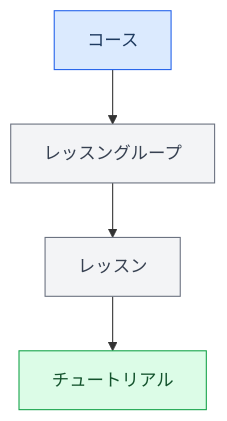
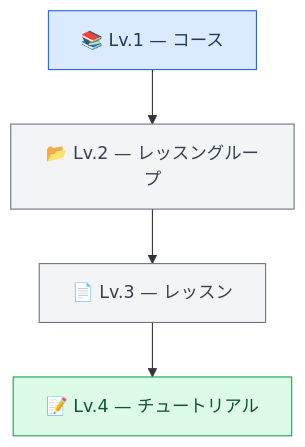
The second of 4 diagrams in articles/custom-learning-roadmap.md (Yucco-K/tech-blog-1), drawn with Mermaid before and after one commit. The commit also changed other lines of this file, not shown here.

Commit message:
improve: Mermaid図4つの見た目・可読性を改善

````diff
--- a/articles/custom-learning-roadmap.md
+++ b/articles/custom-learning-roadmap.md
@@ -97,13 +97,13 @@
 ```mermaid
 flowchart TD
-  A[コース] --> B[レッスングループ]
-  B --> C[レッスン]
-  C --> D[チュートリアル]
+  A["📚 Lv.1 — コース"] --> B["📂 Lv.2 — レッスングループ"]
+  B --> C["📄 Lv.3 — レッスン"]
+  C --> D["📝 Lv.4 — チュートリアル"]
 
   classDef blue fill:#dbeafe,stroke:#2563eb,color:#1e3a5f
+  classDef gray fill:#f3f4f6,stroke:#6b7280,color:#374151
   classDef green fill:#dcfce7,stroke:#16a34a,color:#14532d
-  classDef gray fill:#f3f4f6,stroke:#6b7280,color:#374151
   class A blue
   class B,C gray
   class D green
 ```
````
